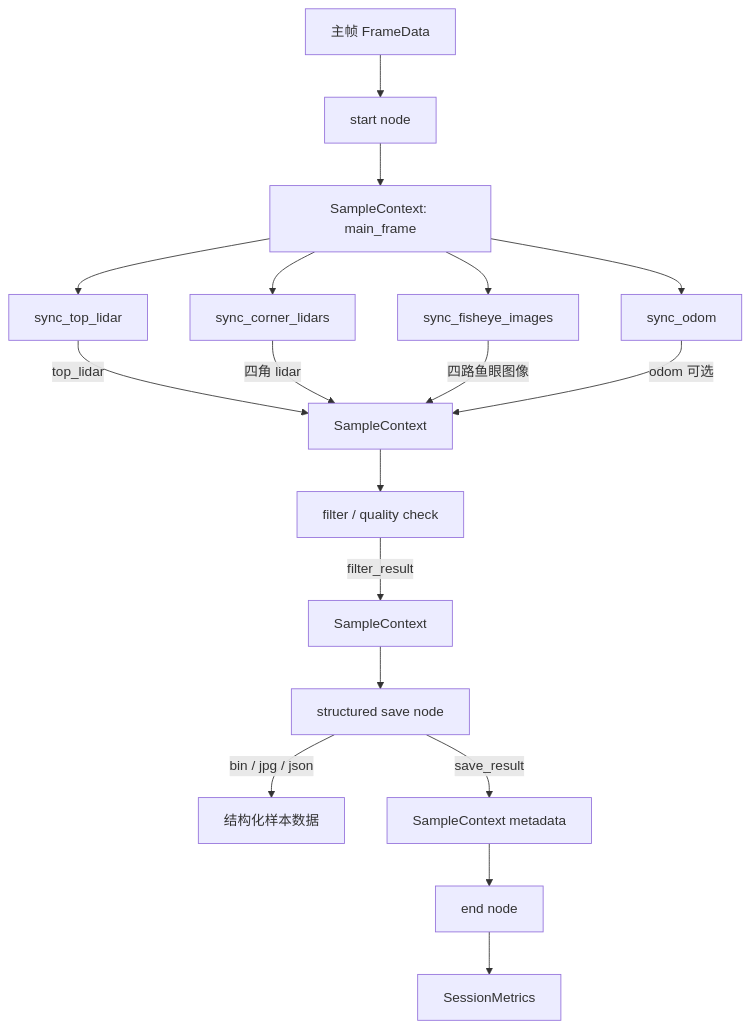
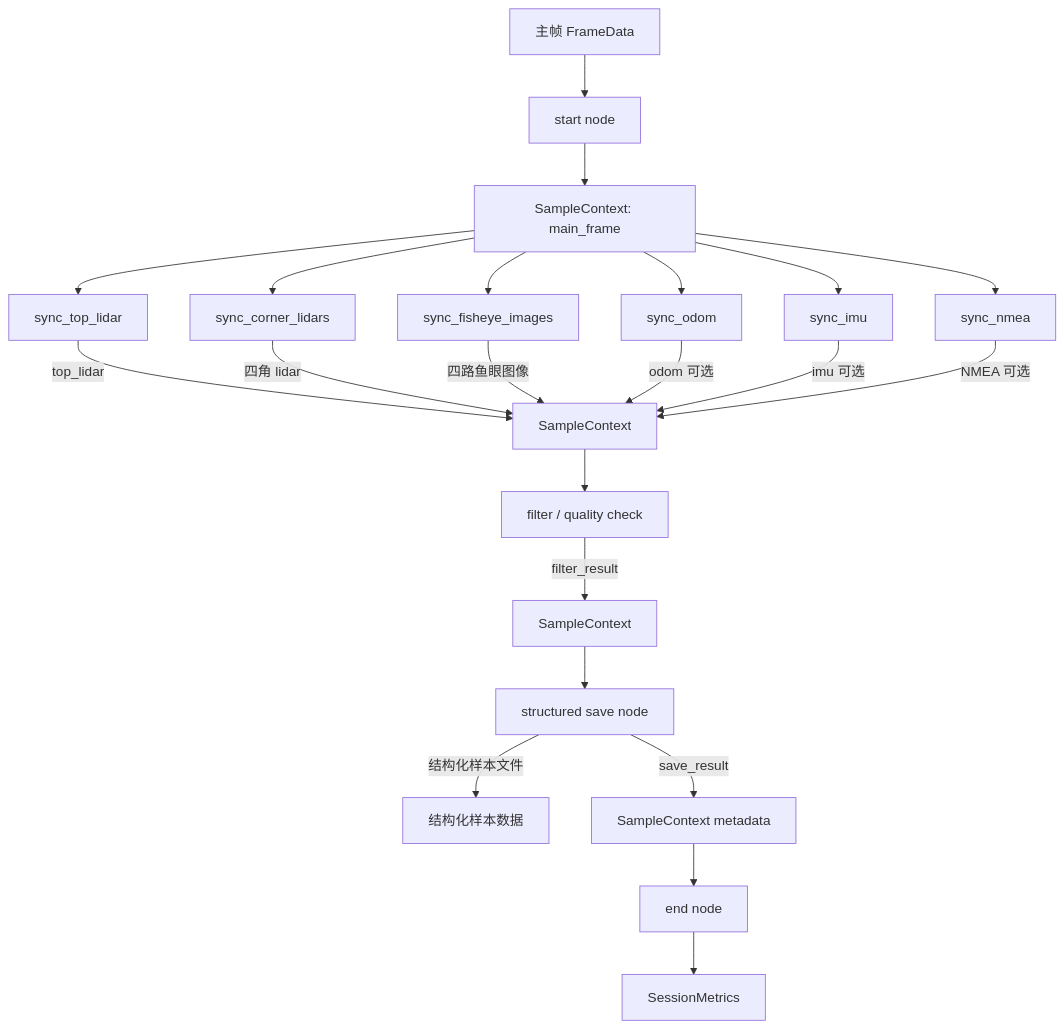
One commit to permanentchange/DataCollectDAG changed the third of 4 diagrams in docs/architecture.md. Above: the diagram before and after it, drawn with Mermaid. The commit also changed other lines of this file, not shown here.

Commit message:
docs: align architecture with real rosbag topics

````diff
--- a/docs/architecture.md
+++ b/docs/architecture.md
@@ -162,25 +164,29 @@
 ```mermaid
 flowchart TD
     MainFrame[主帧 FrameData] --> StartNode[start node]
     StartNode --> Context0[SampleContext: main_frame]
 
     Context0 --> SyncTopLidar[sync_top_lidar]
     Context0 --> SyncCornerLidars[sync_corner_lidars]
     Context0 --> SyncFisheyeImages[sync_fisheye_images]
     Context0 --> SyncOdom[sync_odom]
+    Context0 --> SyncImu[sync_imu]
+    Context0 --> SyncNmea[sync_nmea]
 
     SyncTopLidar -->|top_lidar| Context1[SampleContext]
     SyncCornerLidars -->|四角 lidar| Context1
     SyncFisheyeImages -->|四路鱼眼图像| Context1
     SyncOdom -->|odom 可选| Context1
+    SyncImu -->|imu 可选| Context1
+    SyncNmea -->|NMEA 可选| Context1
 
     Context1 --> FilterNode[filter / quality check]
     FilterNode -->|filter_result| Context2[SampleContext]
 
     Context2 --> SaveNode[structured save node]
-    SaveNode -->|bin / jpg / json| StructuredOutput[结构化样本数据]
+    SaveNode -->|结构化样本文件| StructuredOutput[结构化样本数据]
     SaveNode -->|save_result| Context3[SampleContext metadata]
 
     Context3 --> EndNode[end node]
     EndNode --> Metrics[SessionMetrics]
 ```
````
